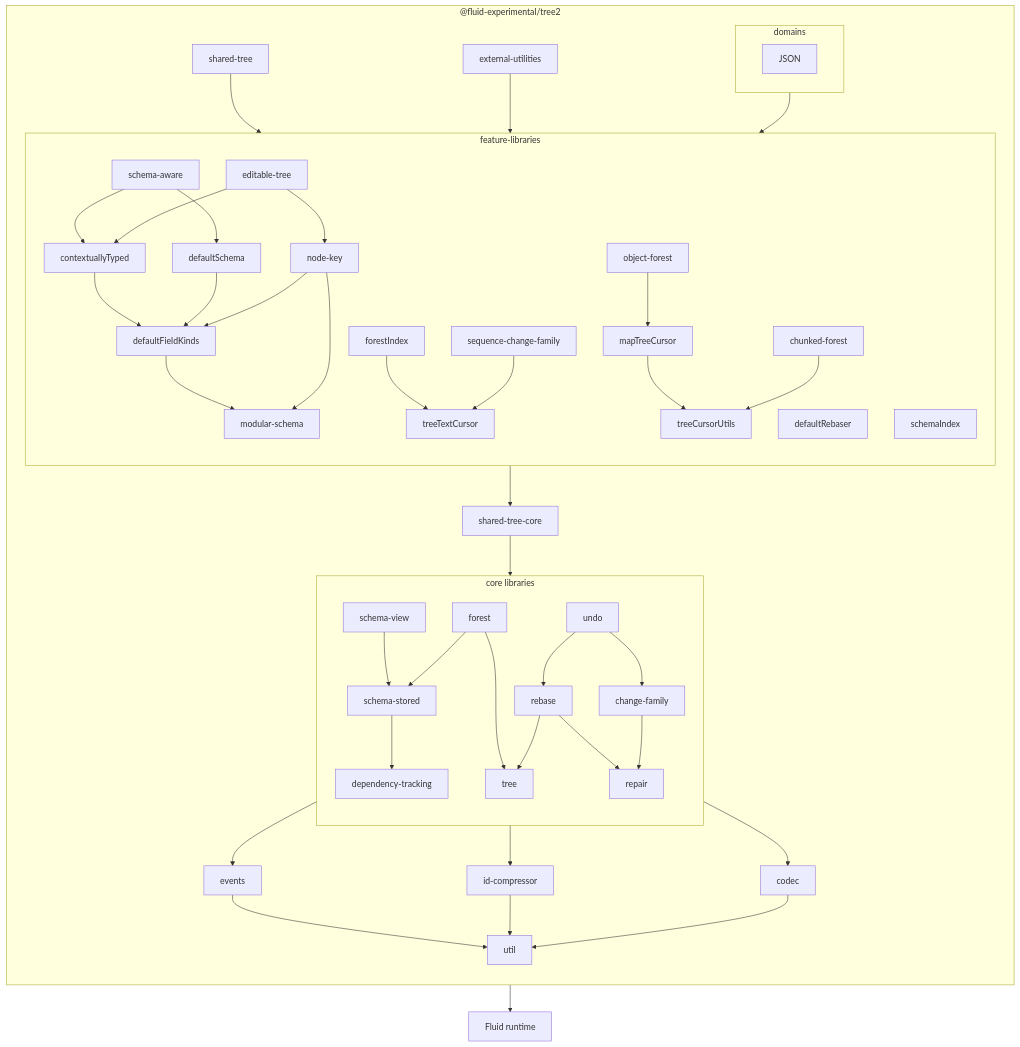
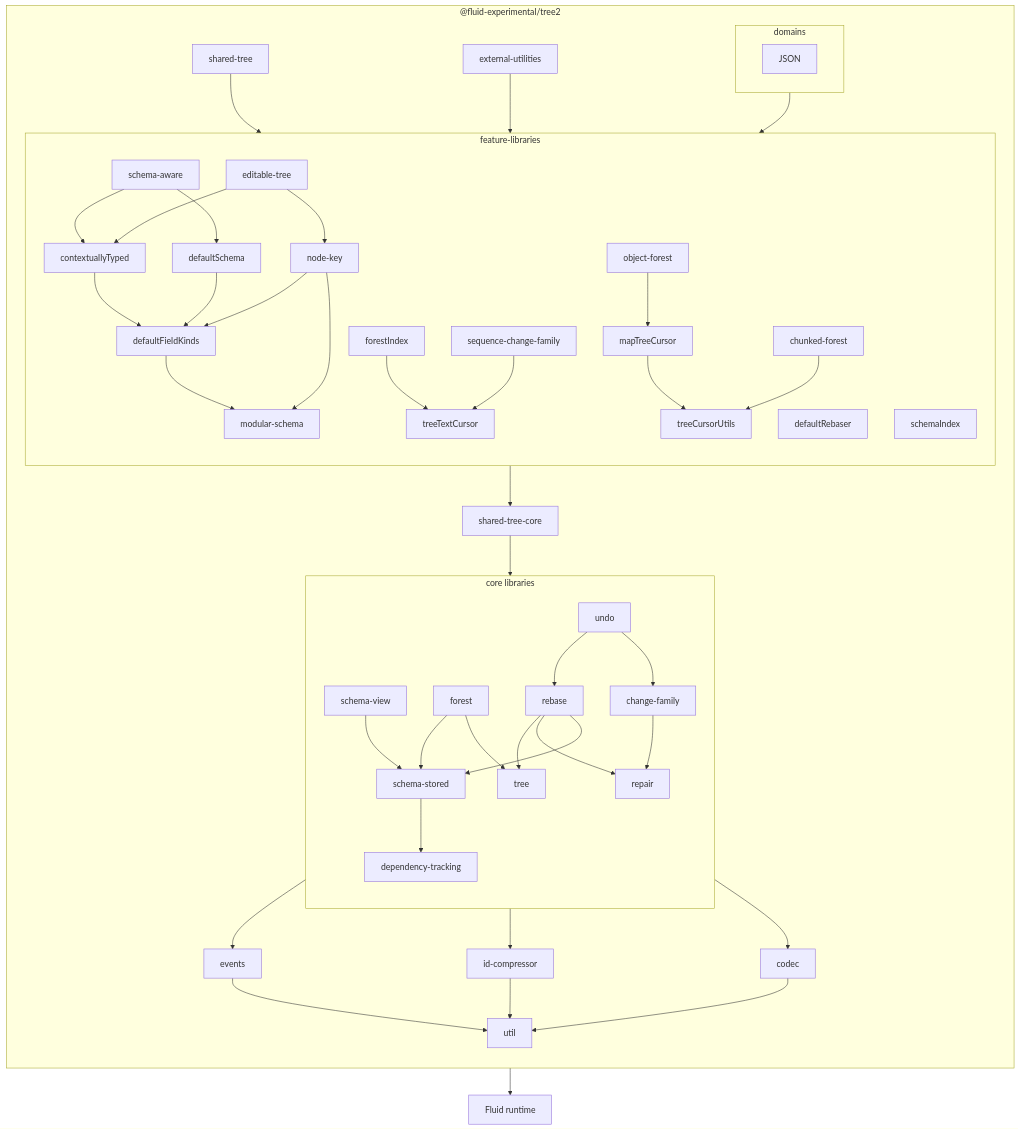
Before and after one commit to microsoft/FluidFramework: the sixth of 6 diagrams in experimental/dds/tree2/README.md, drawn with Mermaid.

Commit message:
Update dependency chart

````diff
--- a/experimental/dds/tree2/README.md
+++ b/experimental/dds/tree2/README.md
@@ -318,51 +318,52 @@
 ```mermaid
 flowchart
     direction TB
     subgraph package ["@fluid-experimental/tree2"]
         direction TB
         subgraph core ["core libraries"]
             direction TB
             schema-view
             forest-->schema-stored
             rebase-->tree
             change-family-->repair
             rebase-->repair
             schema-stored-->dependency-tracking
             schema-view-->schema-stored
             dependency-tracking
             forest-->tree
             undo-->rebase
             undo-->change-family
+            rebase-->schema-stored
         end
         core-->events-->util
         core-->id-compressor-->util
         core-->codec-->util
         feature-->shared-tree-core
         shared-tree-core-->core
         shared-tree-->feature
         external-utilities-->feature
         subgraph feature ["feature-libraries"]
             direction TB
             schema-aware-->defaultSchema
             schema-aware-->contextuallyTyped
             editable-tree-->contextuallyTyped
             editable-tree-->node-key
             defaultRebaser
             contextuallyTyped-->defaultFieldKinds
             defaultSchema-->defaultFieldKinds-->modular-schema
             forestIndex-->treeTextCursor
             modular-schema
             node-key-->modular-schema
             node-key-->defaultFieldKinds
             object-forest-->mapTreeCursor-->treeCursorUtils
             chunked-forest-->treeCursorUtils
             schemaIndex
             sequence-change-family-->treeTextCursor
         end
         subgraph domains
             JSON
         end
         domains-->feature
     end
     package-->runtime["Fluid runtime"]
 ```
````
